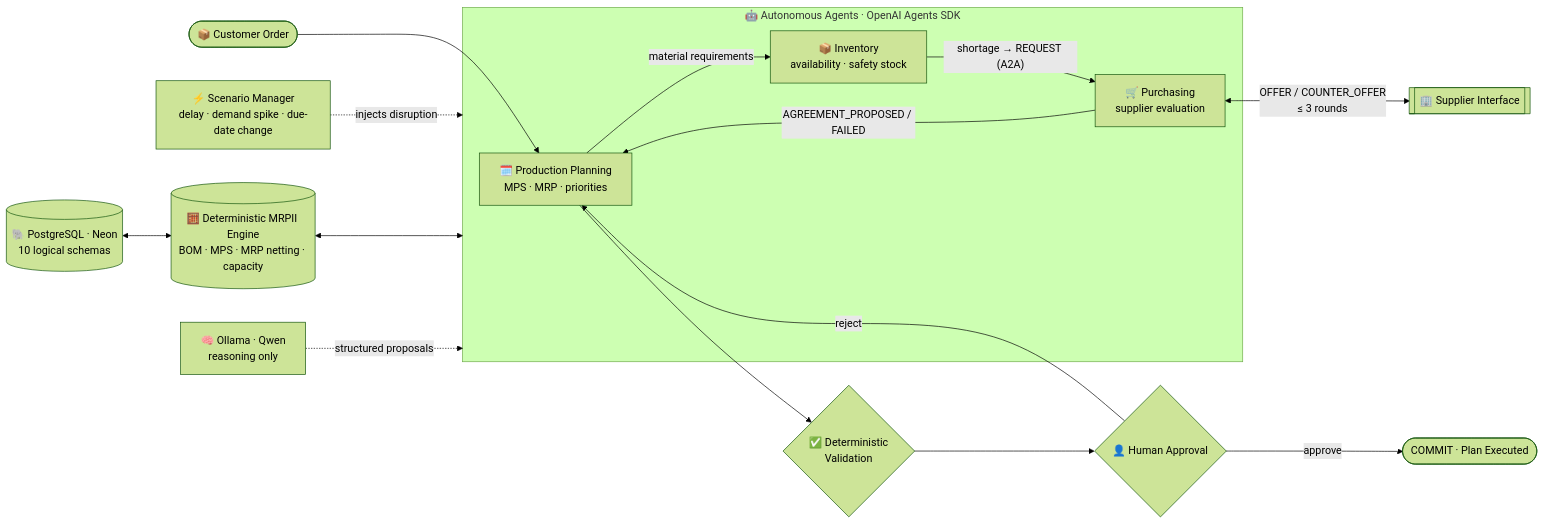
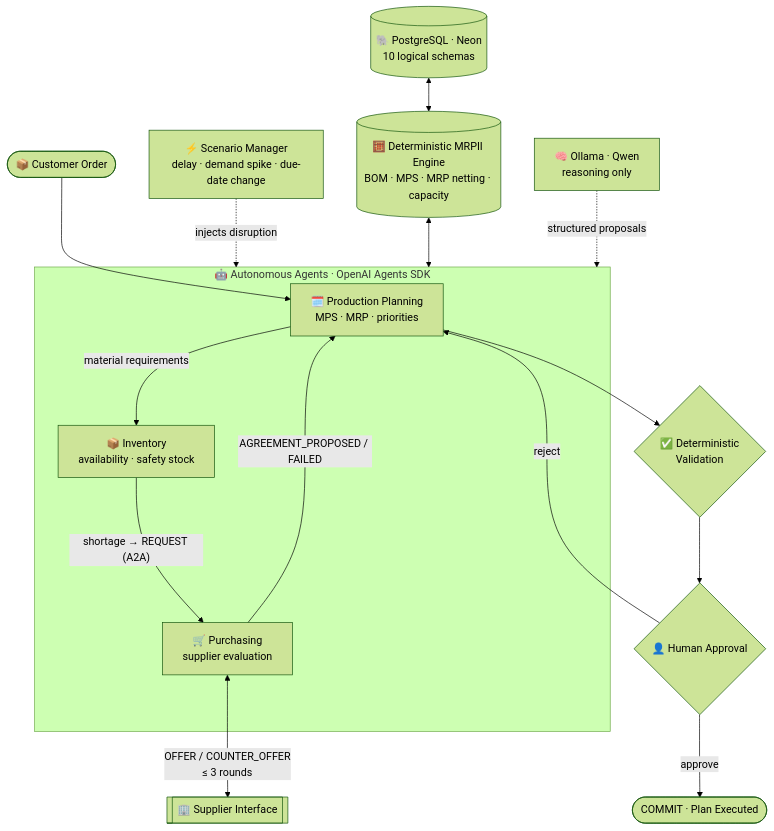
The first of 2 diagrams in README.md (KalpeshEragi/KalpeshEragi), drawn with Mermaid (forest theme) before and after one commit. The commit also changed other lines of this file, not shown here.

Commit message:
Stack MRPII diagram vertically and drop unavailable activity graph

````diff
--- a/README.md
+++ b/README.md
@@ -48,26 +48,26 @@
 ```mermaid
-flowchart LR
+flowchart TB
     O([📦 Customer Order]) --> P
 
     subgraph AGENTS["🤖 Autonomous Agents · OpenAI Agents SDK"]
       P[🗓️ Production Planning<br/>MPS · MRP · priorities]
       I[📦 Inventory<br/>availability · safety stock]
       U[🛒 Purchasing<br/>supplier evaluation]
     end
 
     P -- material requirements --> I
     I -- "shortage → REQUEST (A2A)" --> U
     U <-- "OFFER / COUNTER_OFFER<br/>≤ 3 rounds" --> S[[🏢 Supplier Interface]]
     U -- "AGREEMENT_PROPOSED / FAILED" --> P
 
     P --> V{✅ Deterministic<br/>Validation}
     V --> H{👤 Human Approval}
     H -- approve --> C([COMMIT · Plan Executed])
     H -- reject --> P
 
     SIM[⚡ Scenario Manager<br/>delay · demand spike · due-date change] -. injects disruption .-> AGENTS
 
     MRP[(🧮 Deterministic MRPII Engine<br/>BOM · MPS · MRP netting · capacity)] <--> AGENTS
     LLM[🧠 Ollama · Qwen<br/>reasoning only] -. structured proposals .-> AGENTS
     DB[(🐘 PostgreSQL · Neon<br/>10 logical schemas)] <--> MRP
 ```
````
